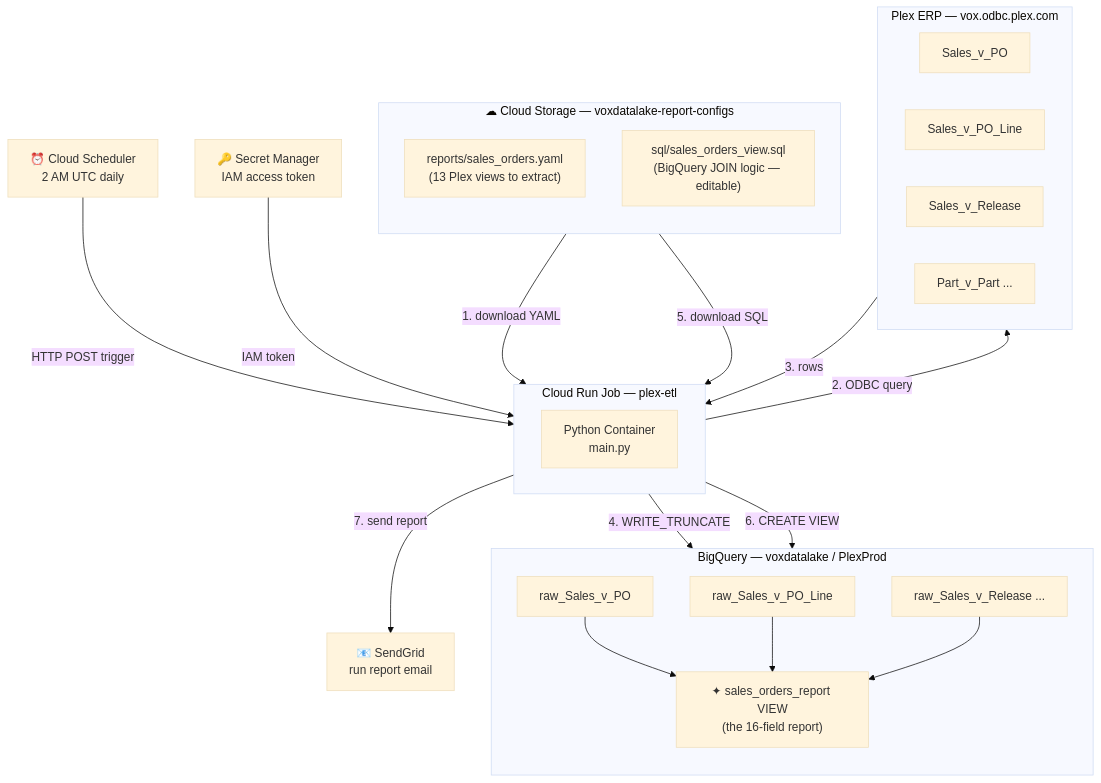
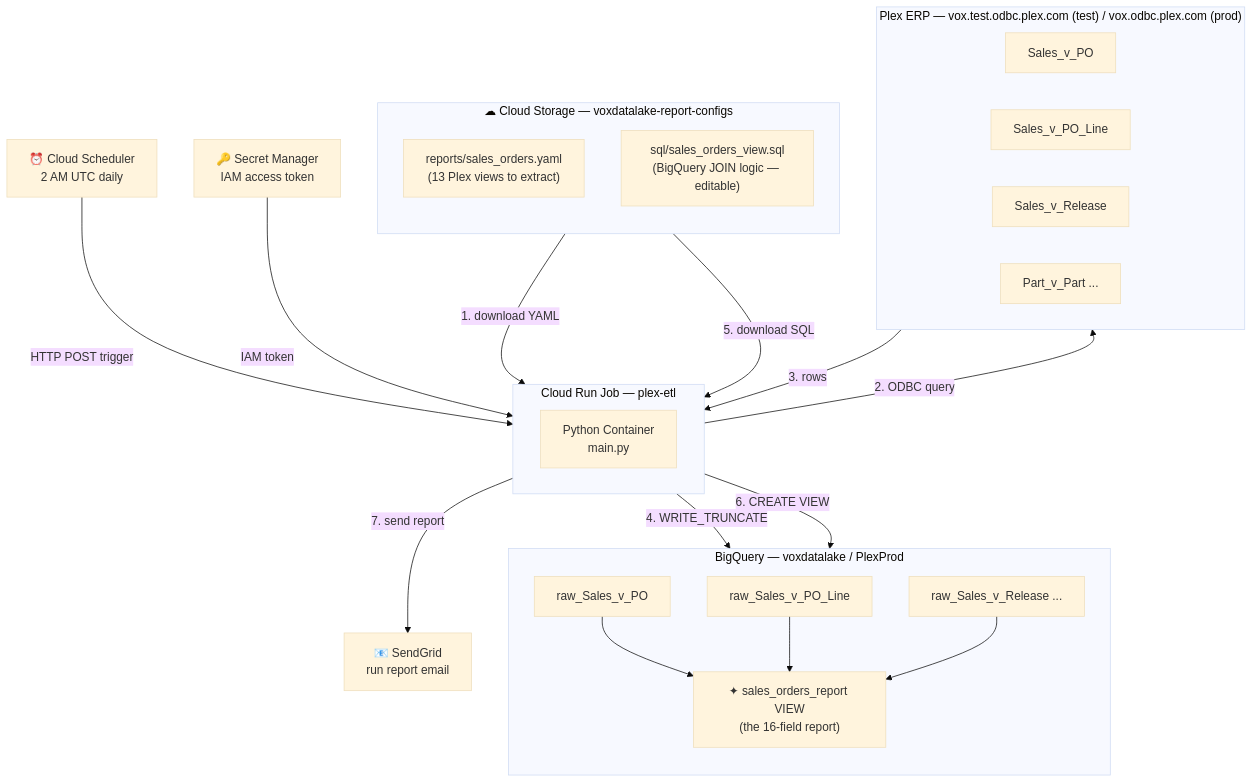
The first of 3 diagrams in CHEATSHEET.md (Parasol-Group-Inc/plex-to-big-query), drawn with Mermaid (base theme) before and after one commit. The commit also changed other lines of this file and 9 other files, not shown here.

````diff
--- a/CHEATSHEET.md
+++ b/CHEATSHEET.md
@@ -23,45 +23,45 @@
 ```mermaid
 graph TB
     subgraph GCS["☁ Cloud Storage — voxdatalake-report-configs"]
         direction TB
         YAML["reports/sales_orders.yaml\n(13 Plex views to extract)"]
         SQL["sql/sales_orders_view.sql\n(BigQuery JOIN logic — editable)"]
     end
 
     subgraph CR["Cloud Run Job — plex-etl"]
         CONTAINER["Python Container\nmain.py"]
     end
 
-    subgraph PLEX["Plex ERP — vox.odbc.plex.com"]
+    subgraph PLEX["Plex ERP — vox.test.odbc.plex.com (test) / vox.odbc.plex.com (prod)"]
         direction LR
         V1["Sales_v_PO"]
         V2["Sales_v_PO_Line"]
         V3["Sales_v_Release"]
         V4["Part_v_Part ..."]
     end
 
     subgraph BQ["BigQuery — voxdatalake / PlexProd"]
         direction TB
         T1["raw_Sales_v_PO"]
         T2["raw_Sales_v_PO_Line"]
         T3["raw_Sales_v_Release ..."]
         VIEW["✦ sales_orders_report VIEW\n(the 16-field report)"]
         T1 --> VIEW
         T2 --> VIEW
         T3 --> VIEW
     end
 
     SM["🔑 Secret Manager\nIAM access token"]
     SCHED["⏰ Cloud Scheduler\n2 AM UTC daily"]
     EMAIL["📧 SendGrid\nrun report email"]
 
     SCHED -->|"HTTP POST trigger"| CR
     SM -->|"IAM token"| CR
     GCS -->|"1. download YAML"| CR
     CR -->|"2. ODBC query"| PLEX
     PLEX -->|"3. rows"| CR
     CR -->|"4. WRITE_TRUNCATE"| BQ
     GCS -->|"5. download SQL"| CR
     CR -->|"6. CREATE VIEW"| VIEW
     CR -->|"7. send report"| EMAIL
 ```
````
